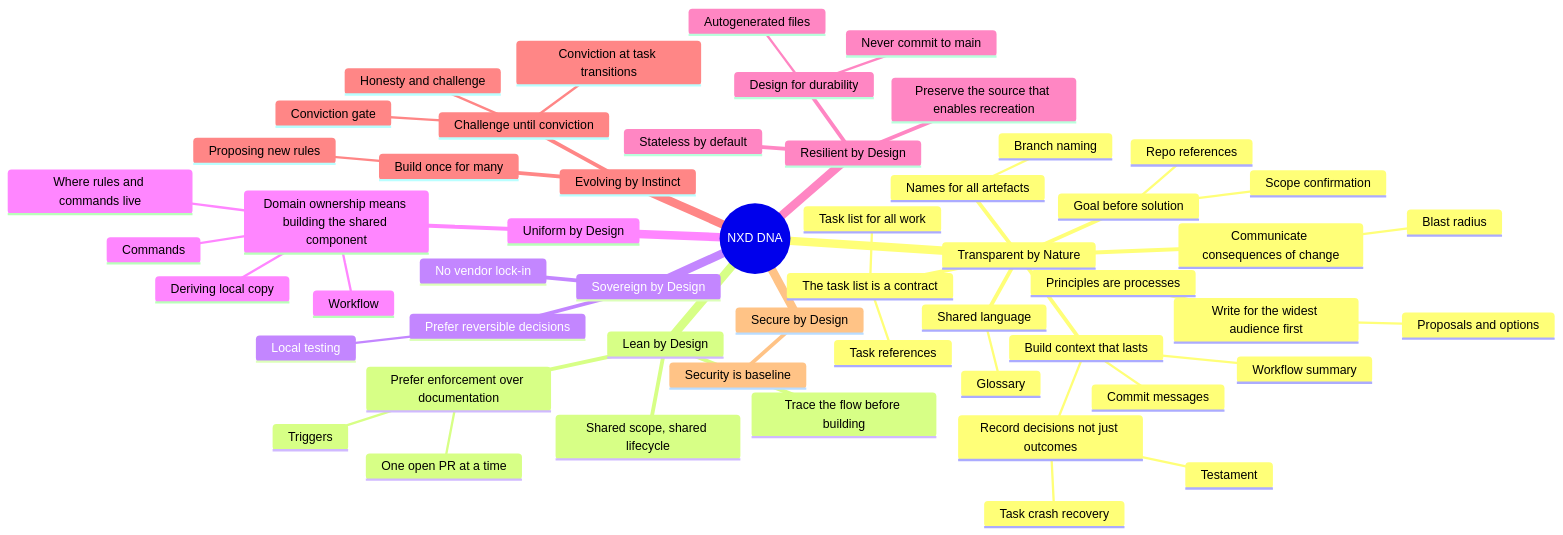
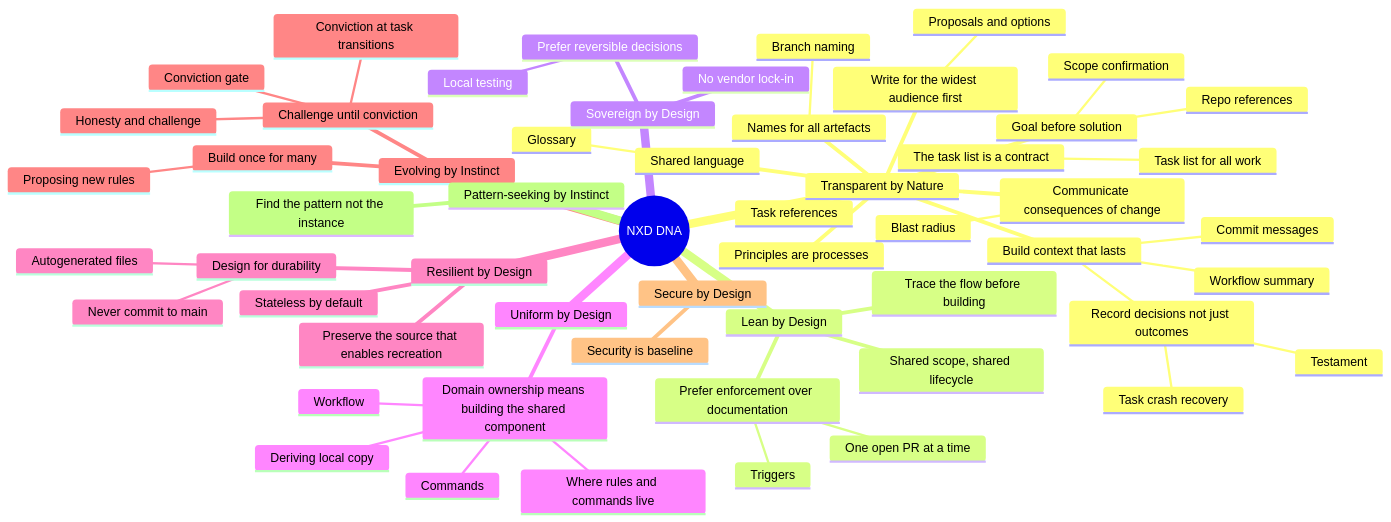
The diagram in dna-diagram-test.md (NXD-Solutions/.github), drawn with Mermaid before and after one commit. The commit also changed 10 other files, not shown here.

First line of the commit message:
Add Pattern-seeking by Instinct DNA strand (#157)

````diff
--- a/dna-diagram-test.md
+++ b/dna-diagram-test.md
@@ -3,57 +3,59 @@
 ```mermaid
 mindmap
   root((NXD DNA))
     Transparent by Nature
       Principles are processes
       Goal before solution
         Scope confirmation
         Repo references
       Build context that lasts
         Commit messages
         Workflow summary
         Record decisions not just outcomes
           Task crash recovery
           Testament
       The task list is a contract
         Task list for all work
         Task references
       Communicate consequences of change
         Blast radius
       Names for all artefacts
         Branch naming
       Write for the widest audience first
         Proposals and options
       Shared language
         Glossary
     Lean by Design
       Shared scope, shared lifecycle
       Prefer enforcement over documentation
         Triggers
         One open PR at a time
       Trace the flow before building
     Sovereign by Design
       No vendor lock-in
       Prefer reversible decisions
         Local testing
     Uniform by Design
       Domain ownership means building the shared component
         Where rules and commands live
         Workflow
         Deriving local copy
         Commands
     Resilient by Design
       Preserve the source that enables recreation
       Design for durability
         Never commit to main
         Autogenerated files
       Stateless by default
     Evolving by Instinct
       Challenge until conviction
         Honesty and challenge
         Conviction gate
         Conviction at task transitions
       Build once for many
         Proposing new rules
     Secure by Design
       Security is baseline
+    Pattern-seeking by Instinct
+      Find the pattern not the instance
 ```
````
